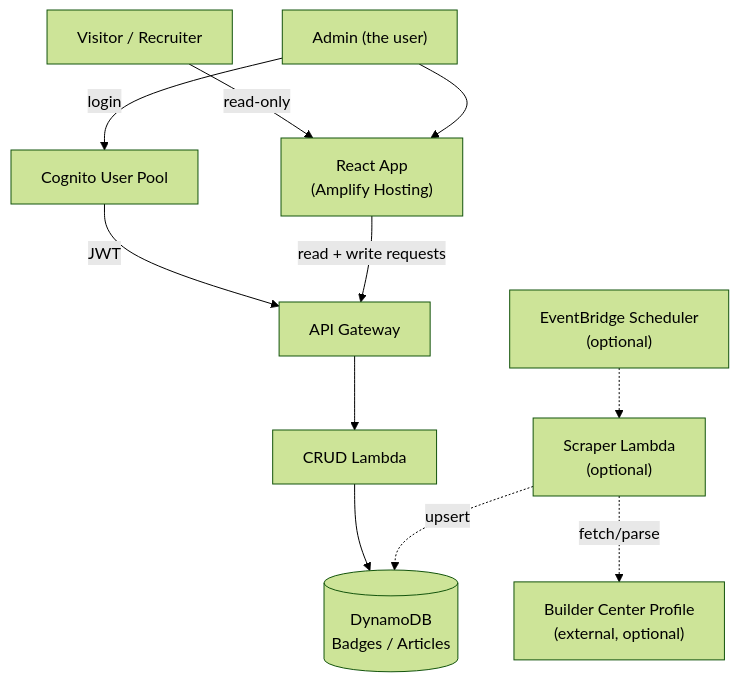
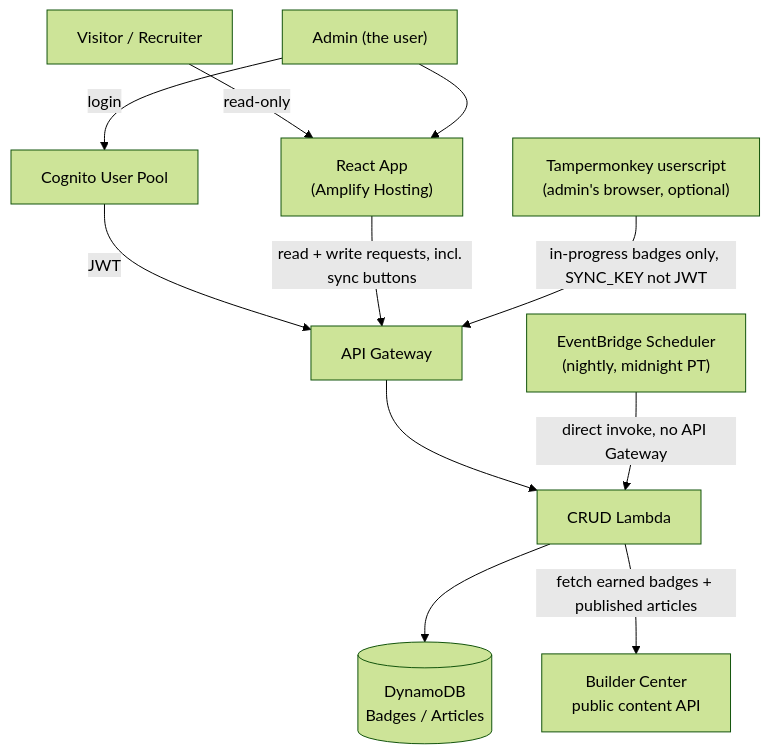
Before and after one commit to minkim26/builder-badge-board: the diagram in docs/ARCHITECTURE.md, drawn with Mermaid (forest theme). The commit also changed other lines of this file and 1 other file, not shown here.

Commit message:
Update docs for article sync and the real sync architecture

````diff
--- a/docs/ARCHITECTURE.md
+++ b/docs/ARCHITECTURE.md
@@ -35,25 +35,25 @@
 ```mermaid
 flowchart TD
     Visitor["Visitor / Recruiter"]
     Admin["Admin (the user)"]
     Amplify["React App\n(Amplify Hosting)"]
     Cognito["Cognito User Pool"]
     APIGW["API Gateway"]
     Lambda["CRUD Lambda"]
     DDB[("DynamoDB\nBadges / Articles")]
-    EventBridge["EventBridge Scheduler\n(optional)"]
-    ScraperLambda["Scraper Lambda\n(optional)"]
-    Profile["Builder Center Profile\n(external, optional)"]
+    EventBridge["EventBridge Scheduler\n(nightly, midnight PT)"]
+    BuilderAPI["Builder Center\npublic content API"]
+    Tampermonkey["Tampermonkey userscript\n(admin's browser, optional)"]
 
     Visitor -->|read-only| Amplify
     Admin -->|login| Cognito
     Admin --> Amplify
     Cognito -->|JWT| APIGW
-    Amplify -->|read + write requests| APIGW
+    Amplify -->|read + write requests, incl. sync buttons| APIGW
     APIGW --> Lambda
     Lambda --> DDB
 
-    EventBridge -.-> ScraperLambda
-    ScraperLambda -.->|fetch/parse| Profile
-    ScraperLambda -.->|upsert| DDB
+    EventBridge -->|direct invoke, no API Gateway| Lambda
+    Lambda -->|fetch earned badges + published articles| BuilderAPI
+    Tampermonkey -->|in-progress badges only, SYNC_KEY not JWT| APIGW
 ```
````
